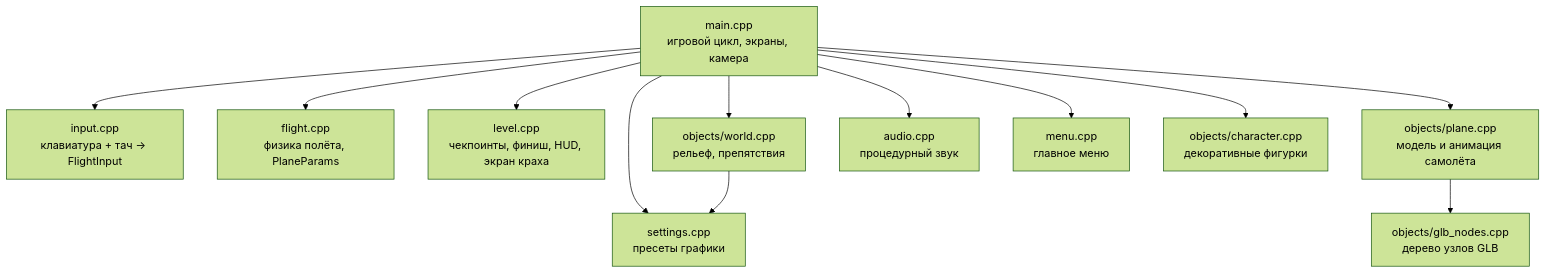
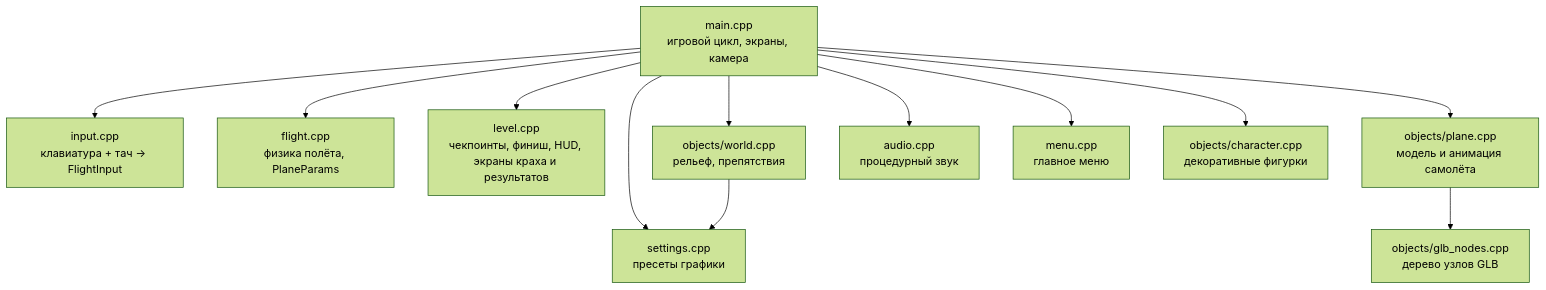
The first of 2 diagrams in docs/ARCHITECTURE.md (maratnek/claude-try-first), drawn with Mermaid (forest theme) before and after one commit. The commit also changed other lines of this file and 4 other files, not shown here.

````diff
--- a/docs/ARCHITECTURE.md
+++ b/docs/ARCHITECTURE.md
@@ -10,26 +10,26 @@
 ```mermaid
 flowchart TD
     main["main.cpp<br/>игровой цикл, экраны, камера"]
     input["input.cpp<br/>клавиатура + тач → FlightInput"]
     flight["flight.cpp<br/>физика полёта, PlaneParams"]
-    level["level.cpp<br/>чекпоинты, финиш, HUD, экран краха"]
+    level["level.cpp<br/>чекпоинты, финиш, HUD, экраны краха и результатов"]
     world["objects/world.cpp<br/>рельеф, препятствия"]
     plane["objects/plane.cpp<br/>модель и анимация самолёта"]
     glb["objects/glb_nodes.cpp<br/>дерево узлов GLB"]
     audio["audio.cpp<br/>процедурный звук"]
     menu["menu.cpp<br/>главное меню"]
     settings["settings.cpp<br/>пресеты графики"]
     character["objects/character.cpp<br/>декоративные фигурки"]
 
     main --> input
     main --> flight
     main --> level
     main --> world
     main --> plane
     main --> audio
     main --> menu
     main --> settings
     main --> character
     plane --> glb
     world --> settings
 ```
````
